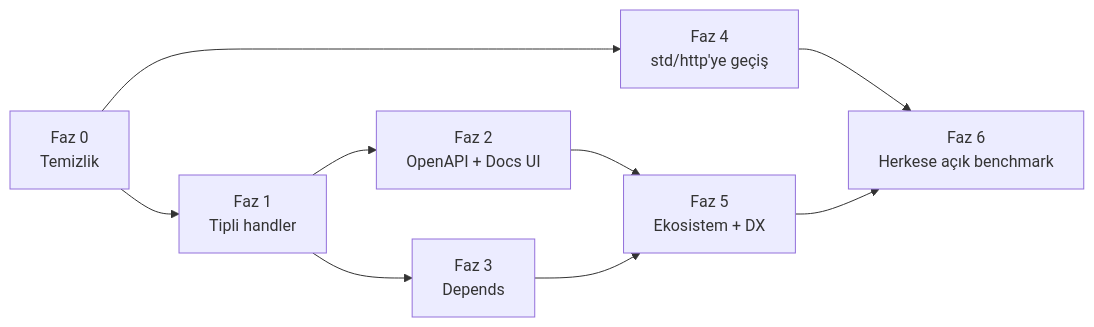
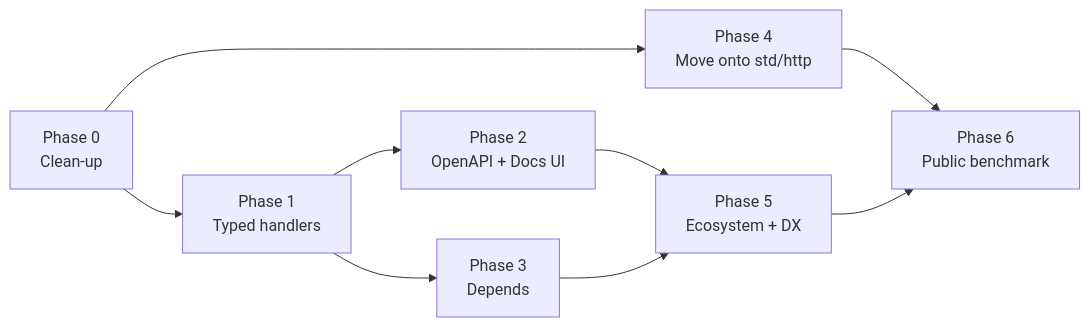
One commit to sdogruyol/iyi-web changed the diagram in ROADMAP.md. Above: the diagram before and after it, drawn with Mermaid. The commit also changed other lines of this file, not shown here.

Commit message:
Write the roadmap in English

````diff
--- a/ROADMAP.md
+++ b/ROADMAP.md
@@ -101,11 +104,11 @@
 ```mermaid
 flowchart LR
-  F0[Faz 0<br/>Temizlik] --> F1[Faz 1<br/>Tipli handler]
-  F1 --> F2[Faz 2<br/>OpenAPI + Docs UI]
-  F1 --> F3[Faz 3<br/>Depends]
-  F0 --> F4[Faz 4<br/>std/http'ye geçiş]
-  F2 --> F5[Faz 5<br/>Ekosistem + DX]
+  F0[Phase 0<br/>Clean-up] --> F1[Phase 1<br/>Typed handlers]
+  F1 --> F2[Phase 2<br/>OpenAPI + Docs UI]
+  F1 --> F3[Phase 3<br/>Depends]
+  F0 --> F4[Phase 4<br/>Move onto std/http]
+  F2 --> F5[Phase 5<br/>Ecosystem + DX]
   F3 --> F5
-  F4 --> F6[Faz 6<br/>Herkese açık benchmark]
+  F4 --> F6[Phase 6<br/>Public benchmark]
   F5 --> F6
 ```
````
